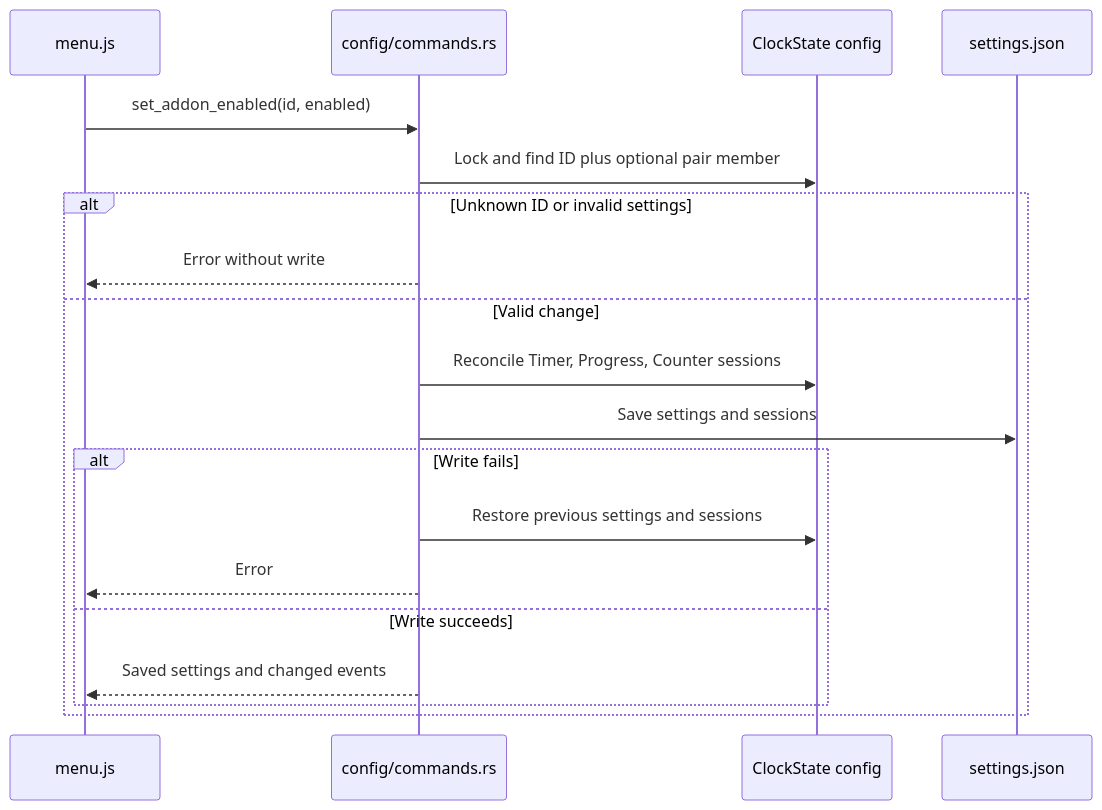
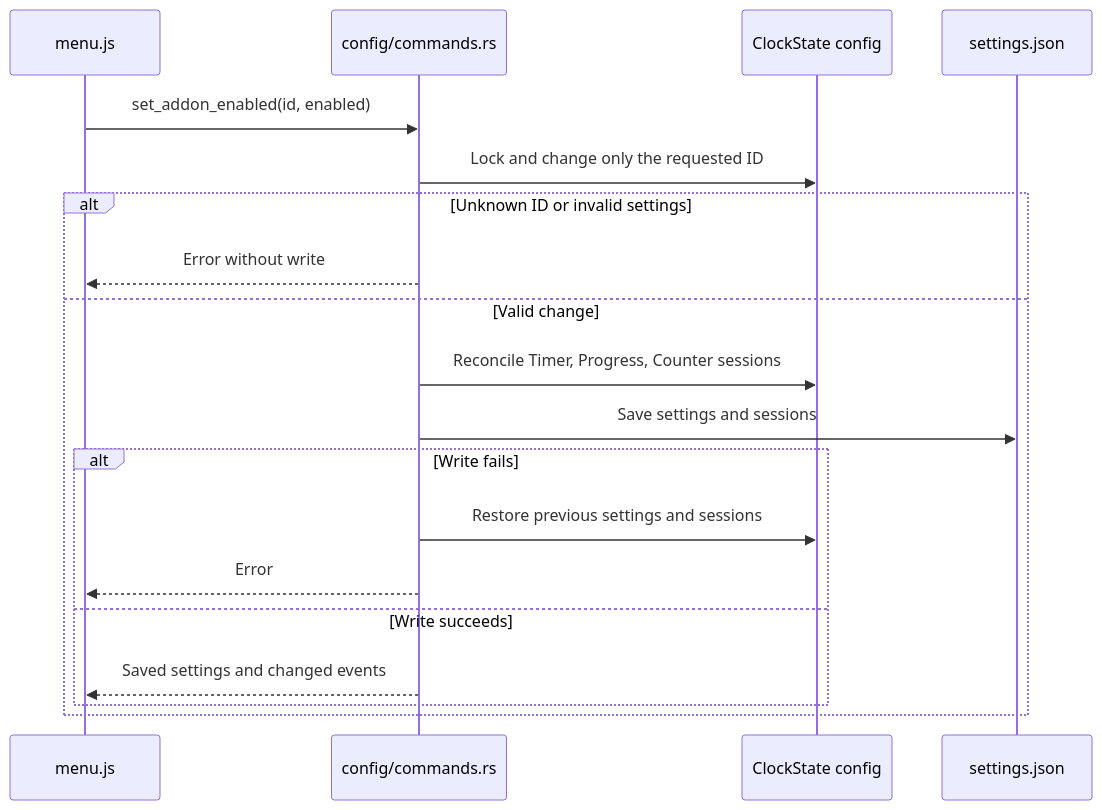
The second of 15 diagrams in src-tauri/src/doc/workflow_diagram.md (tbkmax/TopClock), drawn with Mermaid before and after one commit. The commit also changed other lines of this file and 50 other files, not shown here.

````diff
--- a/src-tauri/src/doc/workflow_diagram.md
+++ b/src-tauri/src/doc/workflow_diagram.md
@@ -36,21 +36,21 @@
 ```mermaid
 sequenceDiagram
     participant Menu as menu.js
     participant Command as config/commands.rs
     participant Config as ClockState config
     participant Disk as settings.json
     Menu->>Command: set_addon_enabled(id, enabled)
-    Command->>Config: Lock and find ID plus optional pair member
+    Command->>Config: Lock and change only the requested ID
     alt Unknown ID or invalid settings
         Command-->>Menu: Error without write
     else Valid change
         Command->>Config: Reconcile Timer, Progress, Counter sessions
         Command->>Disk: Save settings and sessions
         alt Write fails
             Command->>Config: Restore previous settings and sessions
             Command-->>Menu: Error
         else Write succeeds
             Command-->>Menu: Saved settings and changed events
         end
     end
 ```
````
